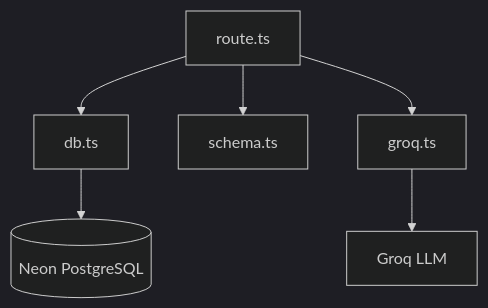
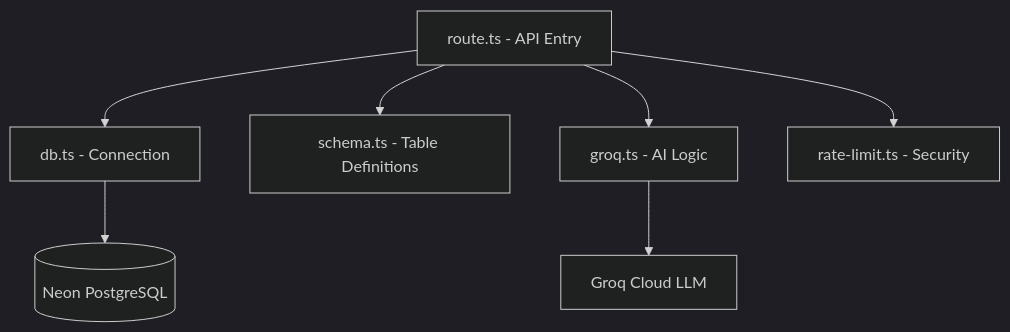
The second of 2 diagrams in README.md (Rohaz-bhalla/Support-Core), drawn with Mermaid (dark theme) before and after one commit. The commit also changed other lines of this file, not shown here.

````diff
--- a/README.md
+++ b/README.md
@@ -46,8 +61,10 @@
 ```mermaid
 graph TD
-    A[route.ts] --> B[db.ts]
-    A --> C[schema.ts]
-    A --> D[groq.ts]
+    A[route.ts - API Entry] --> B[db.ts - Connection]
+    A --> C[schema.ts - Table Definitions]
+    A --> D[groq.ts - AI Logic]
+    A --> G[rate-limit.ts - Security]
     B --> E[(Neon PostgreSQL)]
-    D --> F[Groq LLM]
+    D --> F[Groq Cloud LLM]
+
 ```
````
